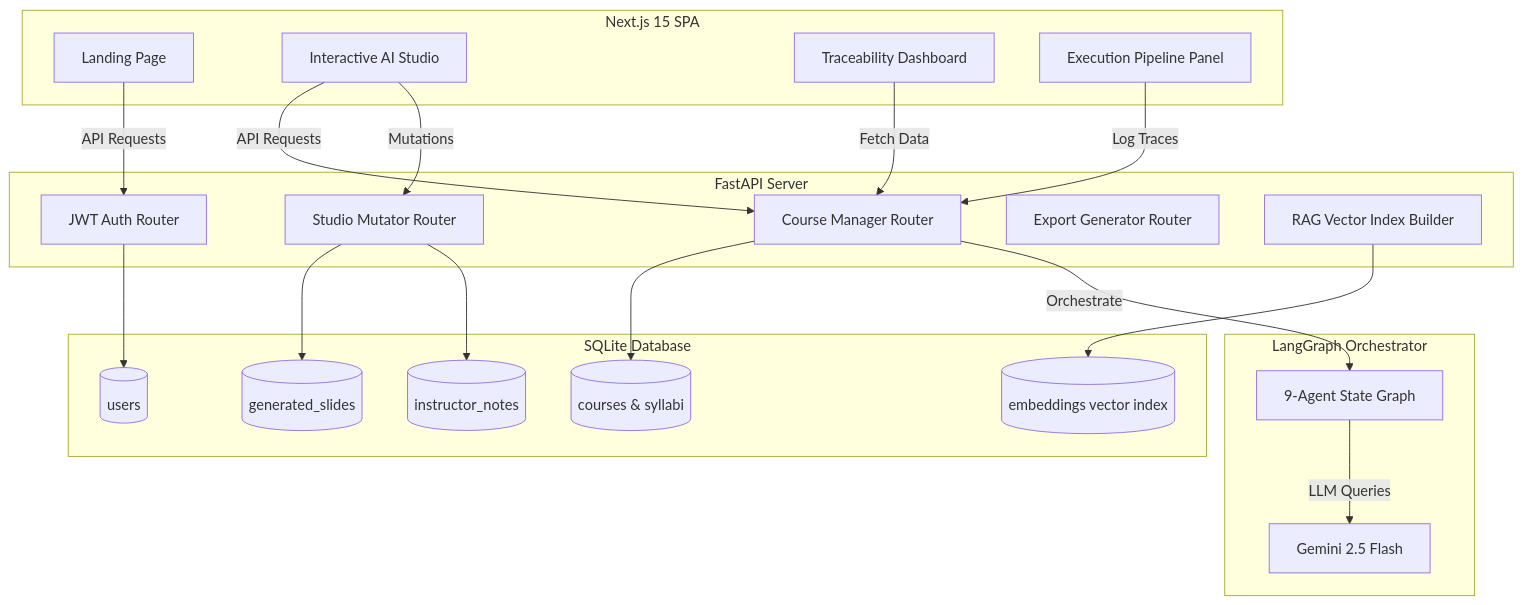
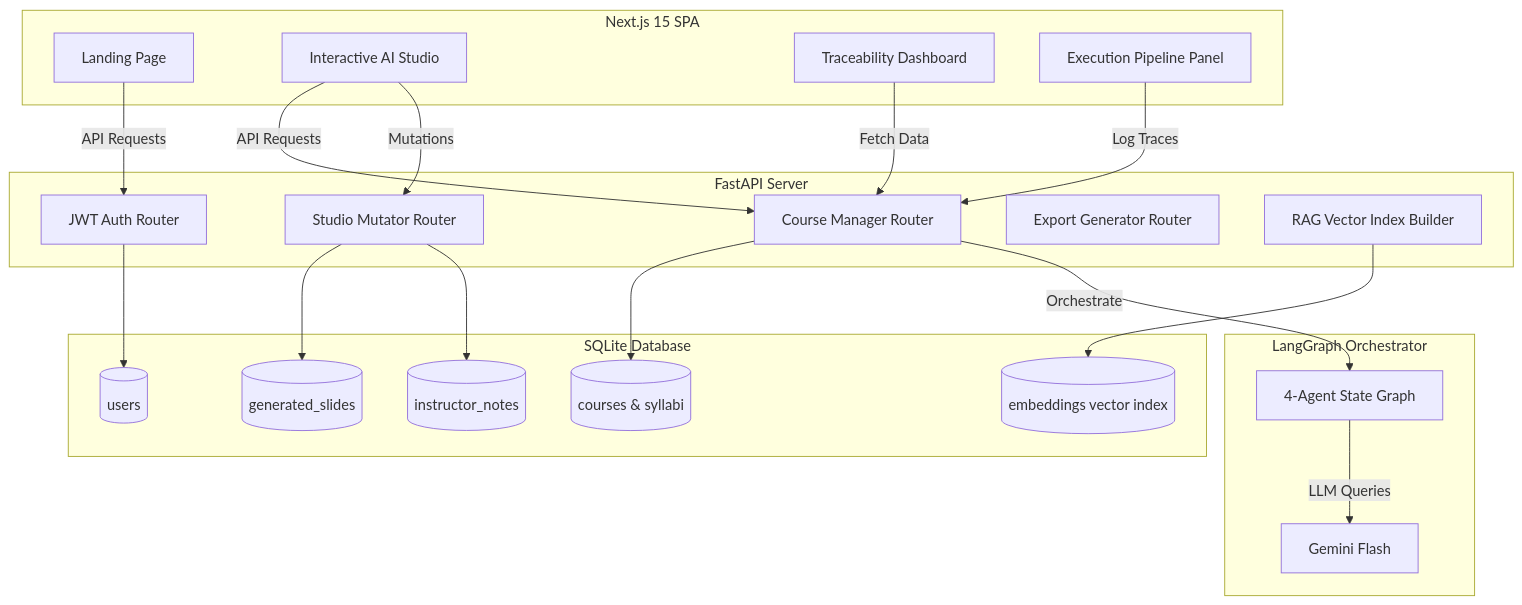
The diagram in README.md (Devashish275/kalyx-), drawn with Mermaid before and after one commit. The commit also changed other lines of this file and 4 other files, not shown here.

````diff
--- a/README.md
+++ b/README.md
@@ -66,50 +61,50 @@
 ```mermaid
 graph TD
     %% Frontend Block
     subgraph Frontend [Next.js 15 SPA]
         FE_Landing[Landing Page]
         FE_Studio[Interactive AI Studio]
         FE_Trace[Traceability Dashboard]
         FE_Timeline[Execution Pipeline Panel]
     end
 
     %% Backend Block
     subgraph Backend [FastAPI Server]
         BE_Auth[JWT Auth Router]
         BE_Course[Course Manager Router]
         BE_Studio[Studio Mutator Router]
         BE_Export[Export Generator Router]
         BE_RAG[RAG Vector Index Builder]
     end
 
     %% Storage Block
     subgraph Storage [SQLite Database]
         DB_User[(users)]
         DB_Course[(courses & syllabi)]
         DB_Slides[(generated_slides)]
         DB_Notes[(instructor_notes)]
         DB_Embeds[(embeddings vector index)]
     end
 
     %% Orchestration Block
     subgraph Orchestration [LangGraph Orchestrator]
-        AG_Graph[9-Agent State Graph]
-        AG_Gemini[Gemini 2.5 Flash]
+        AG_Graph[4-Agent State Graph]
+        AG_Gemini[Gemini Flash]
     end
 
     %% Interconnections
     FE_Landing -->|API Requests| BE_Auth
     FE_Studio -->|API Requests| BE_Course
     FE_Studio -->|Mutations| BE_Studio
     FE_Trace -->|Fetch Data| BE_Course
     FE_Timeline -->|Log Traces| BE_Course
     
     BE_Auth --> DB_User
     BE_Course --> DB_Course
     BE_Studio --> DB_Slides
     BE_Studio --> DB_Notes
     BE_RAG --> DB_Embeds
     
     BE_Course -->|Orchestrate| AG_Graph
     AG_Graph -->|LLM Queries| AG_Gemini
 ```
````
